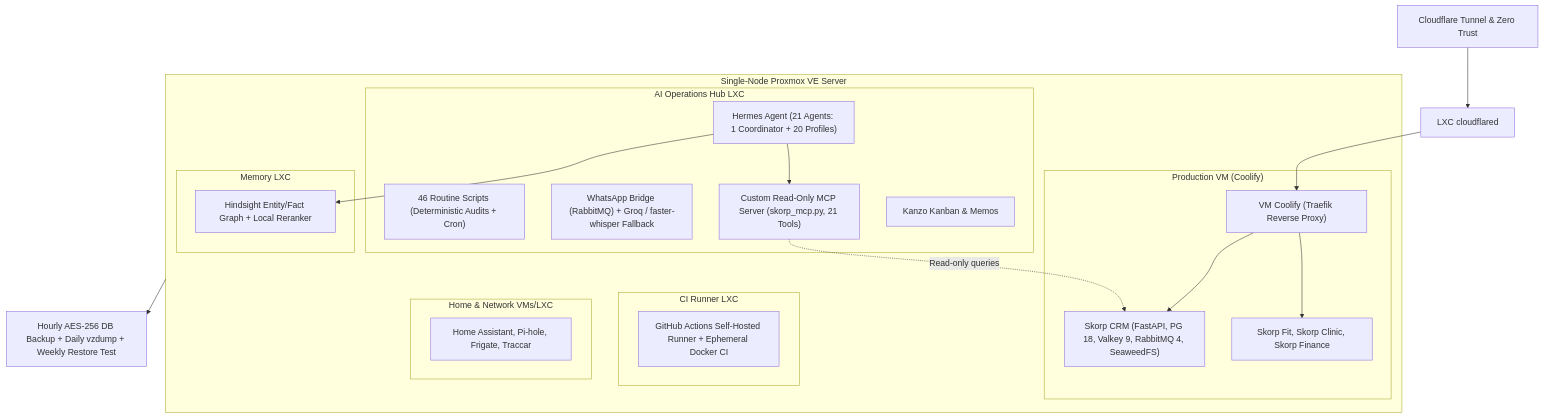
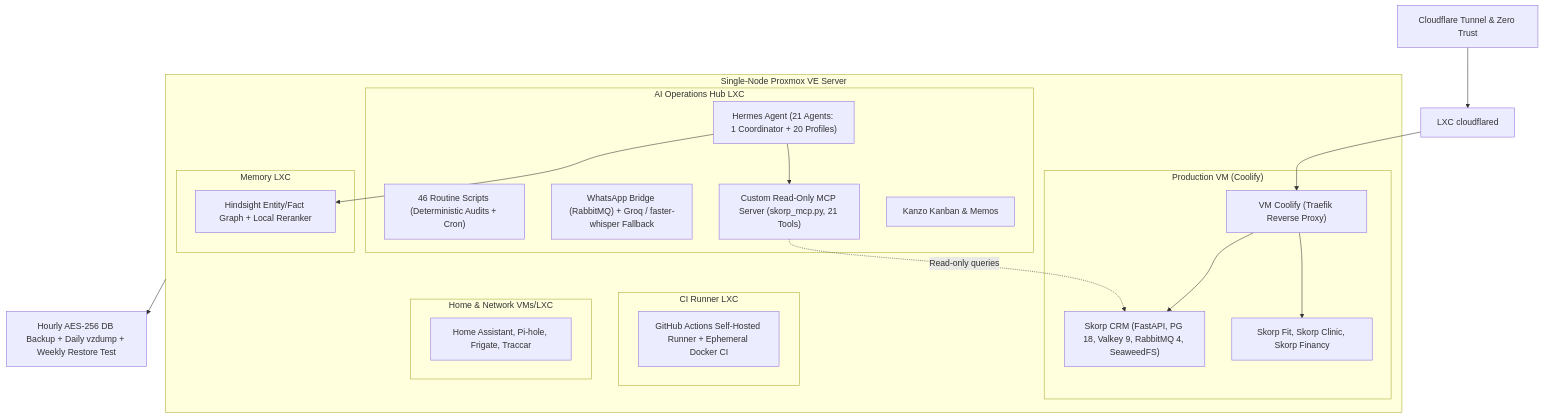
The diagram in README.md (antonyandrade01/homelab), drawn with Mermaid before and after one commit.

Commit message:
Vitrine de arquitetura (PT/EN)

````diff
--- a/README.md
+++ b/README.md
@@ -13,31 +13,31 @@
 ```mermaid
 flowchart TB
     CF["Cloudflare Tunnel & Zero Trust"] --> LXC104["LXC cloudflared"]
     LXC104 --> VM111["VM Coolify (Traefik Reverse Proxy)"]
     subgraph PVE["Single-Node Proxmox VE Server"]
         subgraph PROD["Production VM (Coolify)"]
             VM111 --> CRM["Skorp CRM (FastAPI, PG 18, Valkey 9, RabbitMQ 4, SeaweedFS)"]
-            VM111 --> APPS["Skorp Fit, Skorp Clinic, Skorp Finance"]
+            VM111 --> APPS["Skorp Fit, Skorp Clinic, Skorp Financy"]
         end
         subgraph CI["CI Runner LXC"]
             GHA["GitHub Actions Self-Hosted Runner + Ephemeral Docker CI"]
         end
         subgraph AI["AI Operations Hub LXC"]
             HERM["Hermes Agent (21 Agents: 1 Coordinator + 20 Profiles)"]
             ROT["46 Routine Scripts (Deterministic Audits + Cron)"]
             BRIDGE["WhatsApp Bridge (RabbitMQ) + Groq / faster-whisper Fallback"]
             MCP["Custom Read-Only MCP Server (skorp_mcp.py, 21 Tools)"]
             BOARD["Kanzo Kanban & Memos"]
         end
         subgraph MEM["Memory LXC"]
             HS["Hindsight Entity/Fact Graph + Local Reranker"]
         end
         subgraph INFRA["Home & Network VMs/LXC"]
             OTH["Home Assistant, Pi-hole, Frigate, Traccar"]
         end
     end
     HERM --> HS
     HERM --> MCP
     MCP -.->|"Read-only queries"| CRM
     PVE --> BKP["Hourly AES-256 DB Backup + Daily vzdump + Weekly Restore Test"]
 ```
````
